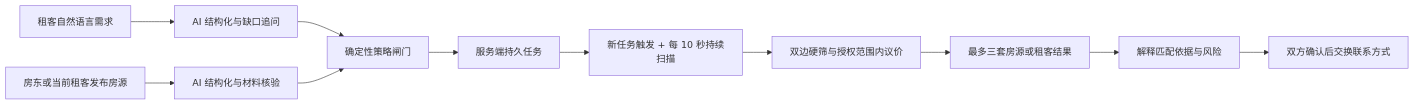
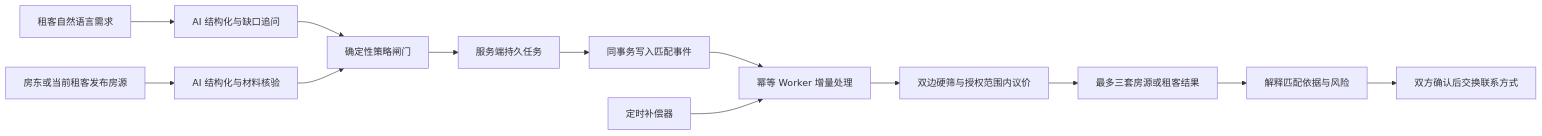
Before and after one commit to tank798/AI-native-rental-platform: the first of 2 diagrams in README.md, drawn with Mermaid. The commit also changed other lines of this file and 22 other files, not shown here.

````diff
--- a/README.md
+++ b/README.md
@@ -42,13 +42,15 @@
 ```mermaid
 flowchart LR
     A[租客自然语言需求] --> B[AI 结构化与缺口追问]
     C[房东或当前租客发布房源] --> D[AI 结构化与材料核验]
     B --> E[确定性策略闸门]
     D --> E
     E --> F[服务端持久任务]
-    F --> G[新任务触发 + 每 10 秒持续扫描]
-    G --> H[双边硬筛与授权范围内议价]
+    F --> G[同事务写入匹配事件]
+    G --> L[幂等 Worker 增量处理]
+    M[定时补偿器] --> L
+    L --> H[双边硬筛与授权范围内议价]
     H --> I[最多三套房源或租客结果]
     I --> J[解释匹配依据与风险]
     J --> K[双方确认后交换联系方式]
 ```
````
